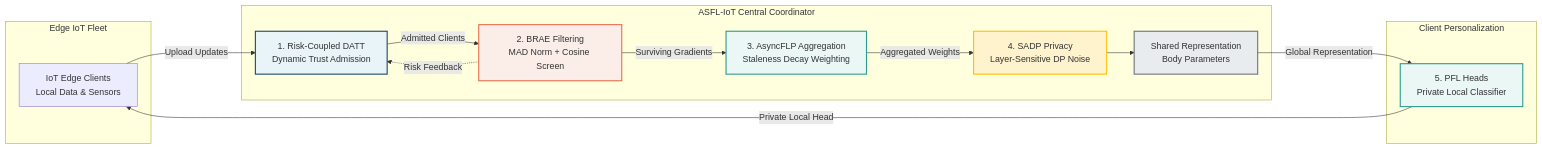
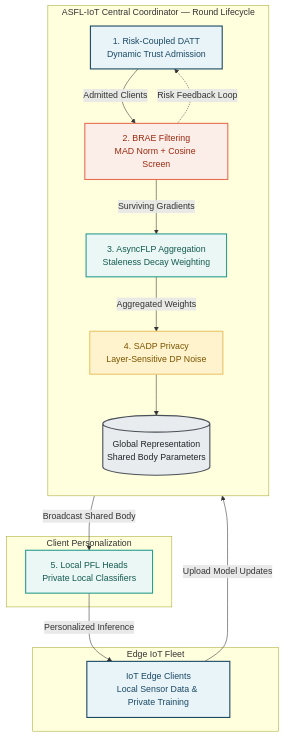
One commit to omerfarooq223/ASFL-IoT-Research changed the diagram in README.md. Above: the diagram before and after it, drawn with Mermaid. The commit also changed 2 other files, not shown here.

Commit message:
fix(docs): optimize mermaid diagram layout and theme contrast, add architecture export

````diff
--- a/README.md
+++ b/README.md
@@ -58,35 +58,37 @@
 ```mermaid
-flowchart LR
-    subgraph Clients["Edge IoT Fleet"]
-        C["IoT Edge Clients<br/>Local Data & Sensors"]
+flowchart TD
+    subgraph Fleet["Edge IoT Fleet"]
+        C["IoT Edge Clients<br/>Local Sensor Data & Private Training"]
     end
 
-    subgraph Coordinator["ASFL-IoT Central Coordinator"]
+    subgraph Coordinator["ASFL-IoT Central Coordinator — Round Lifecycle"]
+        direction TB
         DATT["1. Risk-Coupled DATT<br/>Dynamic Trust Admission"]
         BRAE["2. BRAE Filtering<br/>MAD Norm + Cosine Screen"]
         ASYNC["3. AsyncFLP Aggregation<br/>Staleness Decay Weighting"]
         SADP["4. SADP Privacy<br/>Layer-Sensitive DP Noise"]
-        GLOBAL["Shared Representation<br/>Body Parameters"]
+        GLOBAL[("Global Representation<br/>Shared Body Parameters")]
+
+        DATT -->|Admitted Clients| BRAE
+        BRAE -->|Surviving Gradients| ASYNC
+        ASYNC -->|Aggregated Weights| SADP
+        SADP --> GLOBAL
+        BRAE -.->|Risk Feedback Loop| DATT
     end
 
-    subgraph LocalPFL["Client Personalization"]
-        PFL["5. PFL Heads<br/>Private Local Classifier"]
+    subgraph Personalization["Client Personalization"]
+        PFL["5. Local PFL Heads<br/>Private Local Classifiers"]
     end
 
-    C -->|"Upload Updates"| DATT
-    DATT -->|"Admitted Clients"| BRAE
-    BRAE -->|"Surviving Gradients"| ASYNC
-    ASYNC -->|"Aggregated Weights"| SADP
-    SADP --> GLOBAL
-    GLOBAL -->|"Global Representation"| PFL
-    PFL -->|"Private Local Head"| C
+    C -->|Upload Model Updates| DATT
+    GLOBAL -->|Broadcast Shared Body| PFL
+    PFL -->|Personalized Inference| C
 
-    BRAE -.->|"Risk Feedback"| DATT
-
-    style DATT fill:#e8f4f8,stroke:#1B4965,stroke-width:2px
-    style BRAE fill:#fbeee9,stroke:#E76F51,stroke-width:2px
-    style ASYNC fill:#eaf7f5,stroke:#2A9D8F,stroke-width:2px
-    style SADP fill:#fff3cd,stroke:#ffc107,stroke-width:2px
-    style GLOBAL fill:#e9ecef,stroke:#6c757d,stroke-width:2px
-    style PFL fill:#eaf7f5,stroke:#2A9D8F,stroke-width:2px
+    style C fill:#e8f4f8,stroke:#1B4965,stroke-width:2px,color:#1B4965
+    style DATT fill:#e8f4f8,stroke:#1B4965,stroke-width:2px,color:#1B4965
+    style BRAE fill:#fbeee9,stroke:#E76F51,stroke-width:2px,color:#9C2A10
+    style ASYNC fill:#eaf7f5,stroke:#2A9D8F,stroke-width:2px,color:#145A50
+    style SADP fill:#fff3cd,stroke:#E9C46A,stroke-width:2px,color:#7A5500
+    style GLOBAL fill:#e9ecef,stroke:#495057,stroke-width:2px,color:#212529
+    style PFL fill:#eaf7f5,stroke:#2A9D8F,stroke-width:2px,color:#145A50
 ```
````
